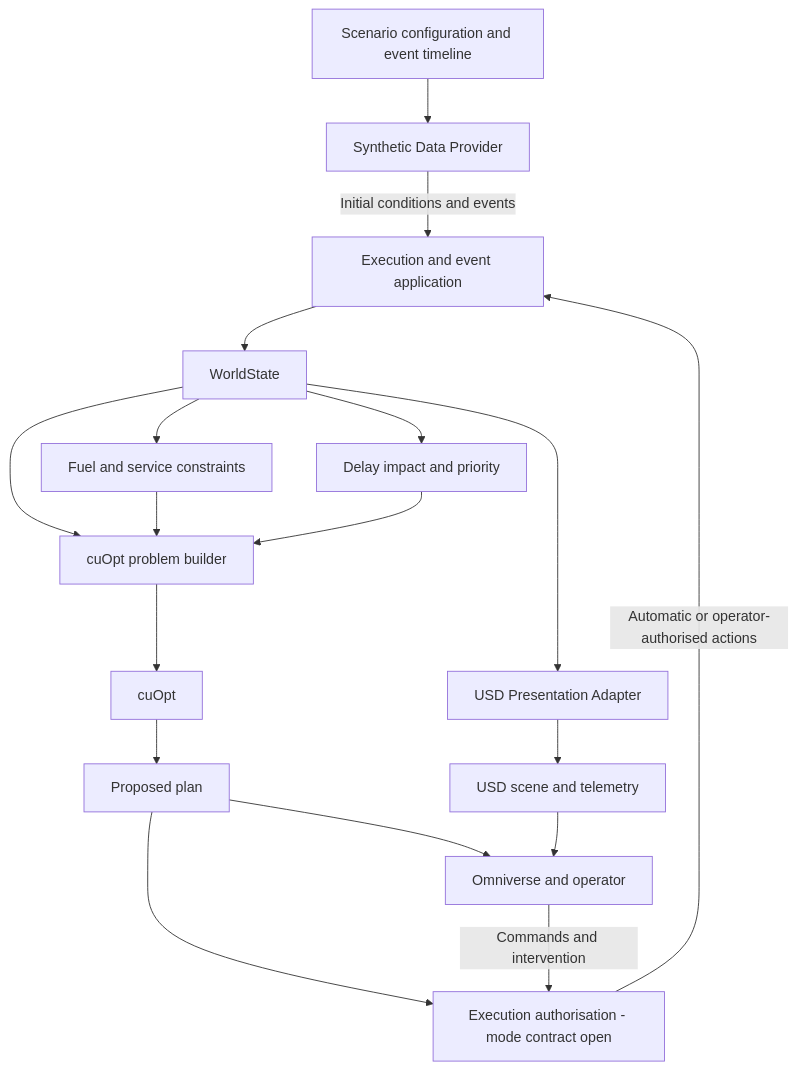
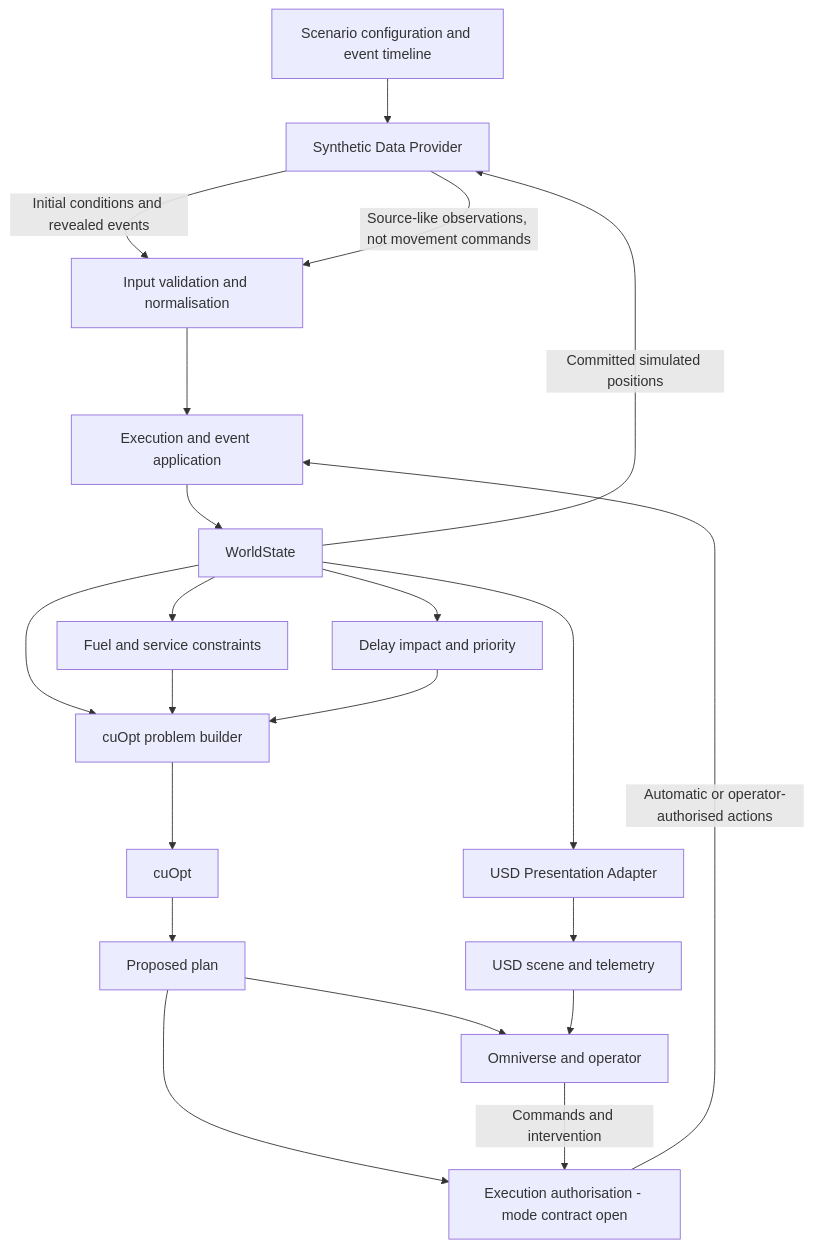
One commit to MSP014/dt-openusd-showcase-case04-af changed the second of 2 diagrams in docs/plans/requirements/architecture.md. Above: the diagram before and after it, drawn with Mermaid. The commit also changed other lines of this file and 11 other files, not shown here.

````diff
--- a/docs/plans/requirements/architecture.md
+++ b/docs/plans/requirements/architecture.md
@@ -226,20 +307,23 @@
 ```mermaid
 flowchart TD
     Config[Scenario configuration and event timeline] --> SDP[Synthetic Data Provider]
-    SDP -->|Initial conditions and events| Apply[Execution and event application]
+    SDP -->|Initial conditions and revealed events| Boundary[Input validation and normalisation]
+    Boundary --> Apply[Execution and event application]
     Apply --> State[WorldState]
+    State -->|Committed simulated positions| SDP
+    SDP -->|Source-like observations, not movement commands| Boundary
     State --> Physics[Fuel and service constraints]
     State --> Priority[Delay impact and priority]
     State --> Builder[cuOpt problem builder]
     Physics --> Builder
     Priority --> Builder
     Builder --> Solver[cuOpt]
     Solver --> Proposal[Proposed plan]
     Proposal --> Authorise[Execution authorisation - mode contract open]
     Proposal --> UI[Omniverse and operator]
     UI -->|Commands and intervention| Authorise
     Authorise -->|Automatic or operator-authorised actions| Apply
     State --> Adapter[USD Presentation Adapter]
     Adapter --> Scene[USD scene and telemetry]
     Scene --> UI
 ```
````
